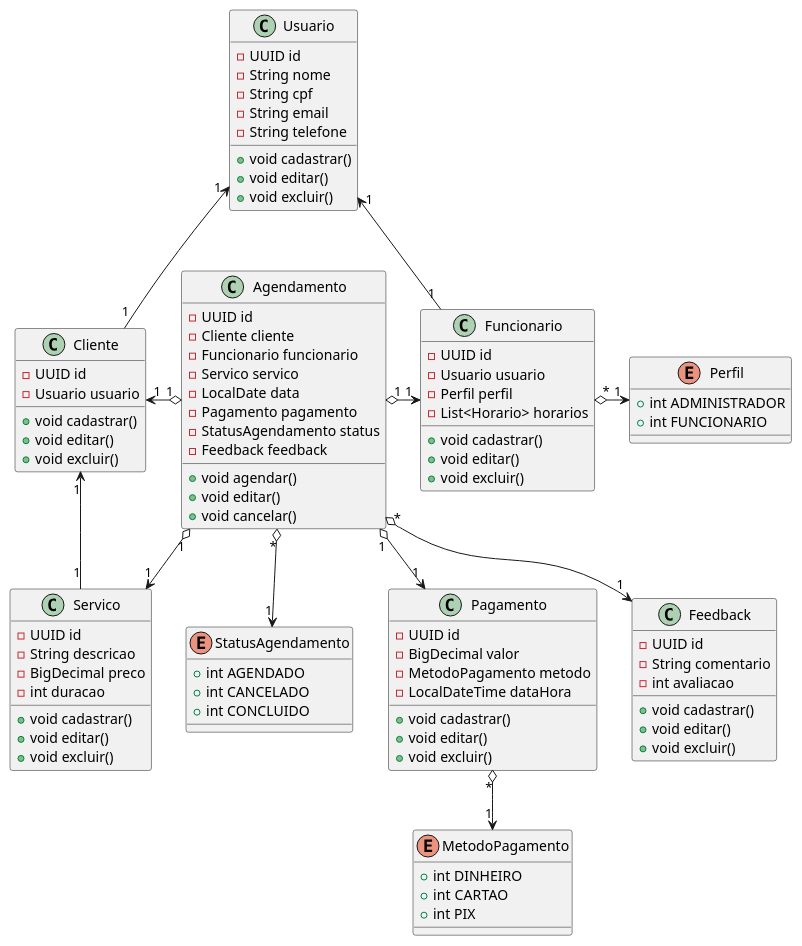
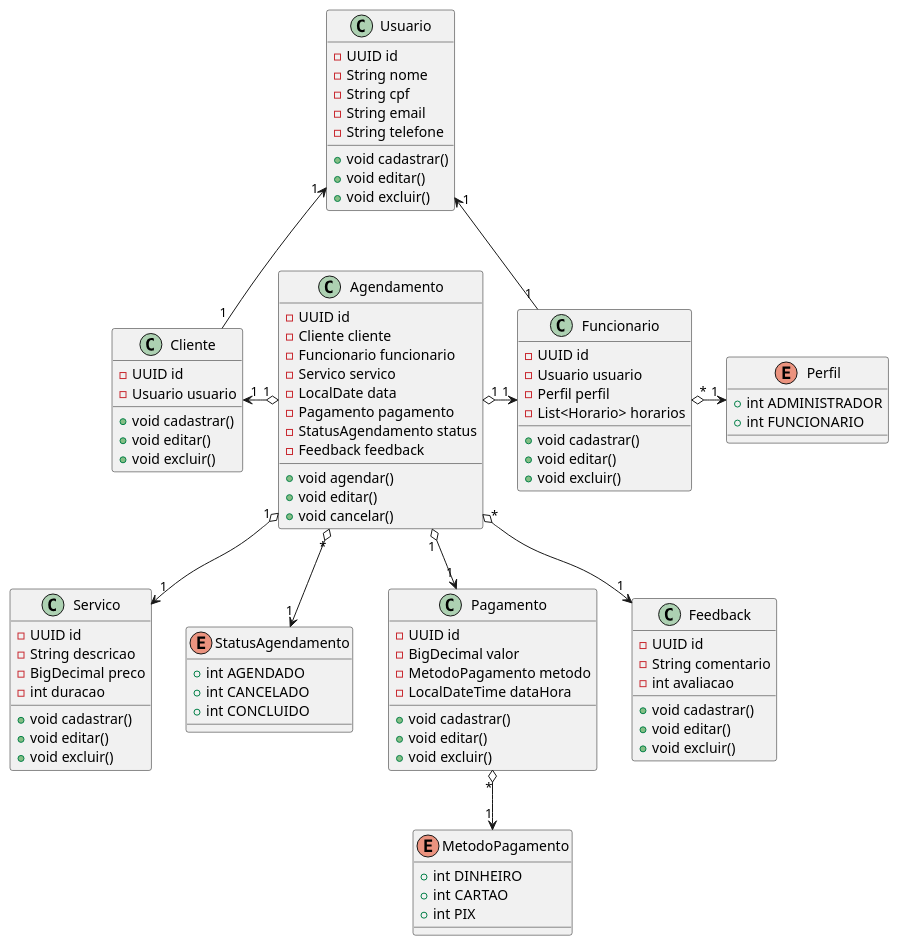
One commit to luan-coelho/barber-manager changed the diagram in class-diagram.plantuml. Above: the diagram before and after it, drawn with PlantUML.

Commit message:
feat: Atualização no diagrama.

```diff
--- a/class-diagram.plantuml
+++ b/class-diagram.plantuml
@@ -1,108 +1,106 @@
 @startuml
 
 class Usuario {
     - UUID id
     - String nome
     - String cpf
     - String email
     - String telefone
     + void cadastrar()
     + void editar()
     + void excluir()
 }
 
 class Cliente {
     - UUID id
     - Usuario usuario
     + void cadastrar()
     + void editar()
     + void excluir()
 }
 
 class Servico {
     - UUID id
     - String descricao
     - BigDecimal preco
     - int duracao
     + void cadastrar()
     + void editar()
     + void excluir()
 }
 
 class Agendamento {
     - UUID id
     - Cliente cliente
     - Funcionario funcionario
     - Servico servico
     - LocalDate data
     - Pagamento pagamento
     - StatusAgendamento status
     - Feedback feedback
     + void agendar()
     + void editar()
     + void cancelar()
 }
 
 enum StatusAgendamento {
     + int AGENDADO
     + int CANCELADO
     + int CONCLUIDO
 }
 
 class Funcionario {
     - UUID id
     - Usuario usuario
     - Perfil perfil
     - List<Horario> horarios
     + void cadastrar()
     + void editar()
     + void excluir()
 }
 
 enum Perfil {
     + int ADMINISTRADOR
     + int FUNCIONARIO
 }
 
 class Pagamento {
     - UUID id
     - BigDecimal valor
     - MetodoPagamento metodo
     - LocalDateTime dataHora
     + void cadastrar()
     + void editar()
     + void excluir()
 }
 
 enum MetodoPagamento {
     + int DINHEIRO
     + int CARTAO
     + int PIX
 }
 
 class Feedback {
     - UUID id
     - String comentario
     - int avaliacao
     + void cadastrar()
     + void editar()
     + void excluir()
 }
 
 Cliente "1" -up-> "1" Usuario
 
 Funcionario "1" -up-> "1" Usuario
 Funcionario "*" o-> "1" Perfil
 
 Agendamento "1" o-left-> "1" Cliente
 Agendamento "1" o-> "1" Funcionario
-Agendamento "1" o-> "1" Servico
+Agendamento "1" o-down-> "1" Servico
 Agendamento "1" o-down-> "1" Pagamento
 Agendamento "*" o-down-> "1" StatusAgendamento
 Agendamento "*" o-down-> "1" Feedback
 
-Servico "1" --> "1" Cliente
-
 Pagamento "*" o-down-> "1" MetodoPagamento
 
 @enduml
```
